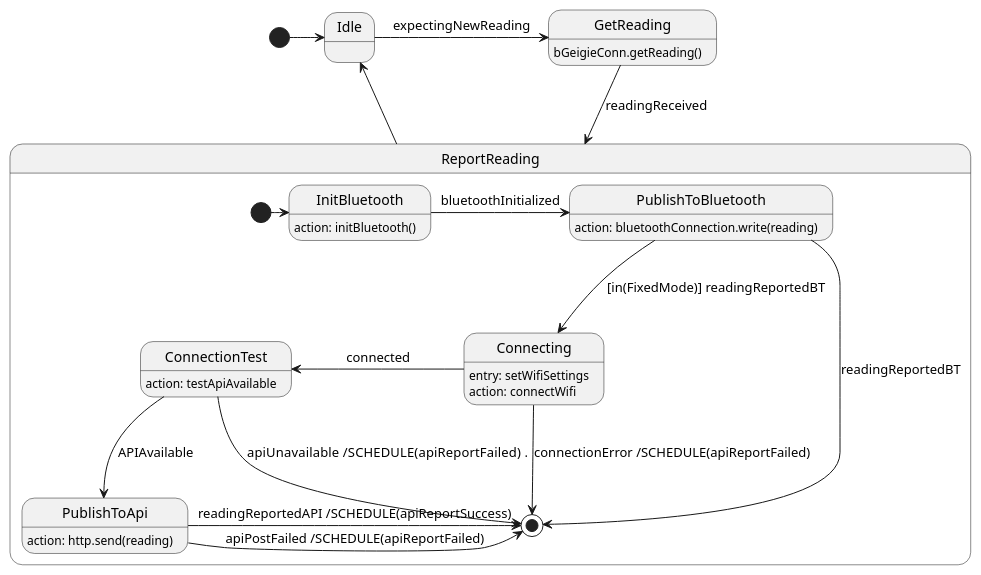
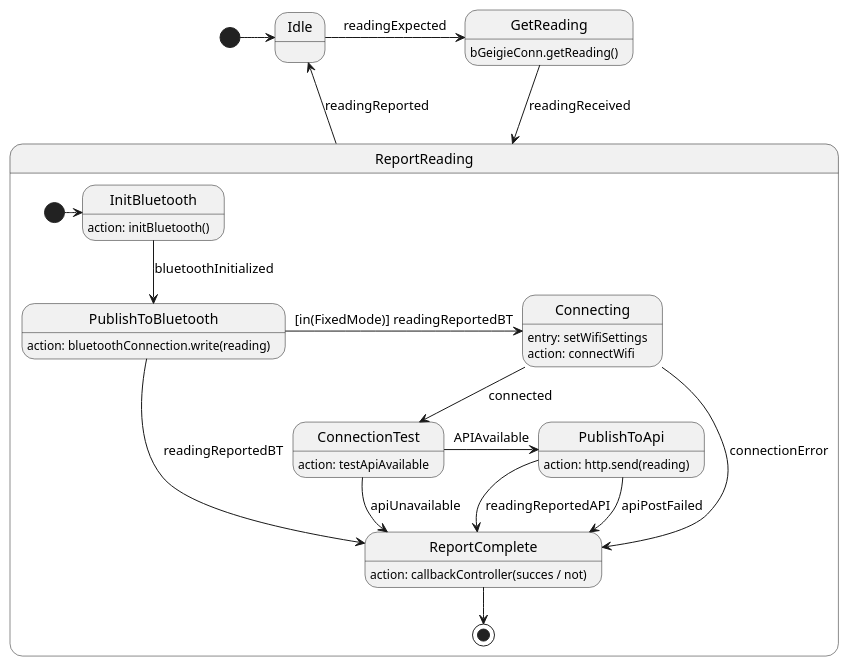
Before and after one commit to Safecast/bGeigieCast: the diagram in designs/software/reporter-states.puml, drawn with PlantUML. The commit also changed 85 other files, not shown here.

```diff
--- a/designs/software/reporter-states.puml
+++ b/designs/software/reporter-states.puml
@@ -1,40 +1,43 @@
 @startuml
 
 
 state Idle
 state GetReading
 GetReading : bGeigieConn.getReading()
 state ReportReading {
     state InitBluetooth
     InitBluetooth: action: initBluetooth()
     state PublishToBluetooth
     PublishToBluetooth: action: bluetoothConnection.write(reading)
     state Connecting
     Connecting: entry: setWifiSettings
     Connecting: action: connectWifi
     state ConnectionTest
     ConnectionTest: action: testApiAvailable
     state PublishToApi
     PublishToApi: action: http.send(reading)
+    state ReportComplete
+    ReportComplete: action: callbackController(succes / not)
 
     [*] -> InitBluetooth
-    InitBluetooth -> PublishToBluetooth : bluetoothInitialized
-    PublishToBluetooth ---> [*] : readingReportedBT
-    PublishToBluetooth ---> Connecting: [in(FixedMode)] readingReportedBT
+    InitBluetooth --> PublishToBluetooth : bluetoothInitialized
+    PublishToBluetooth ---> ReportComplete : readingReportedBT
+    PublishToBluetooth -> Connecting: [in(FixedMode)] readingReportedBT
 
-    Connecting -l-> ConnectionTest : connected
-    Connecting ---> [*] : connectionError /SCHEDULE(apiReportFailed)
-    ConnectionTest --> PublishToApi : APIAvailable
-    ConnectionTest ---> [*] : apiUnavailable /SCHEDULE(apiReportFailed)   .
-    PublishToApi -> [*] : apiPostFailed /SCHEDULE(apiReportFailed)
-    PublishToApi -> [*] : readingReportedAPI /SCHEDULE(apiReportSuccess)
+    Connecting --> ConnectionTest : connected
+    Connecting --> ReportComplete : connectionError
+    ConnectionTest -> PublishToApi : APIAvailable
+    ConnectionTest --> ReportComplete : apiUnavailable
+    PublishToApi --> ReportComplete : apiPostFailed
+    PublishToApi -> ReportComplete : readingReportedAPI
 
+    ReportComplete --> [*]
 }
 
 [*] -> Idle
-Idle -> GetReading : expectingNewReading
+Idle -> GetReading : readingExpected
 GetReading --> ReportReading : readingReceived
-ReportReading -u-> Idle 
+ReportReading -u-> Idle : readingReported
 
 
 @enduml
```
